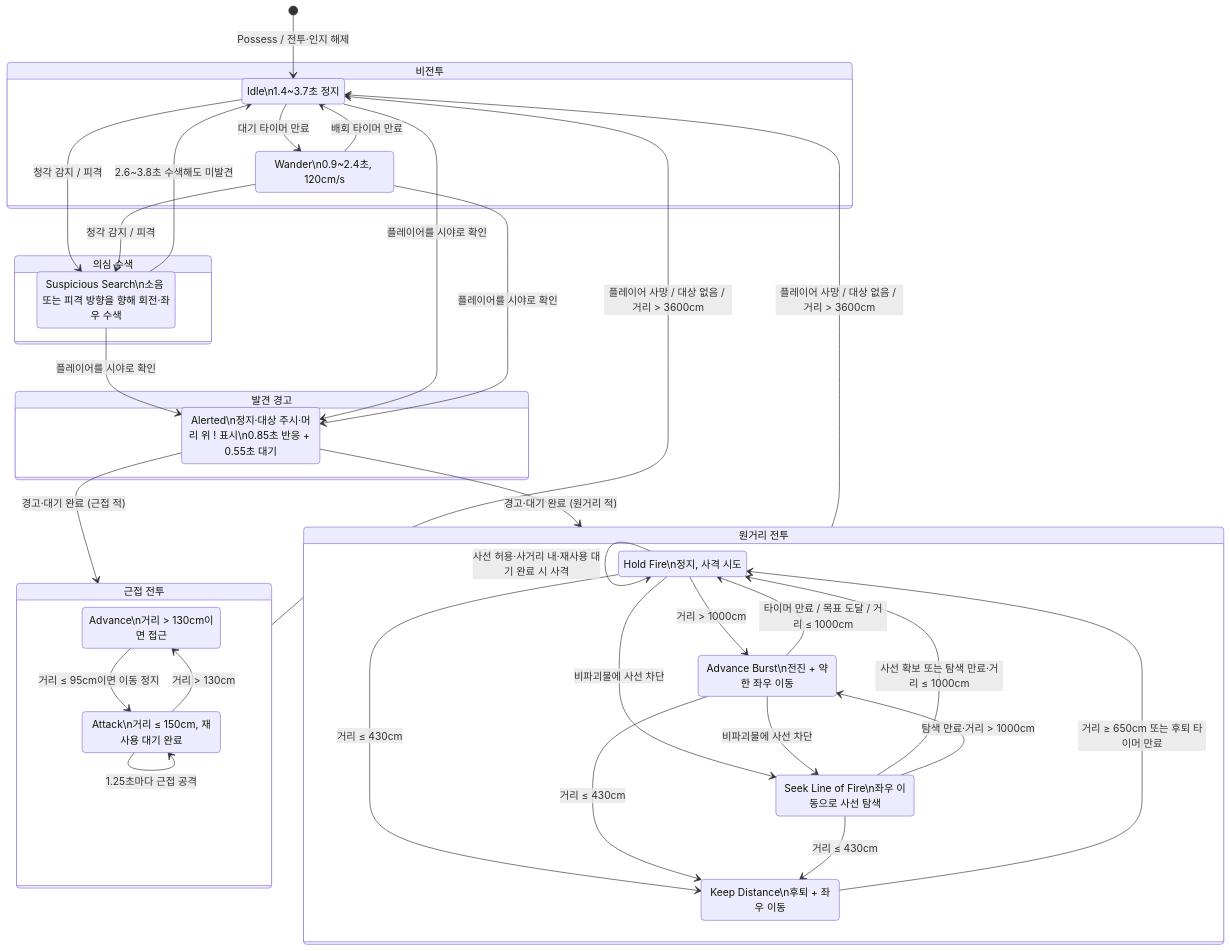
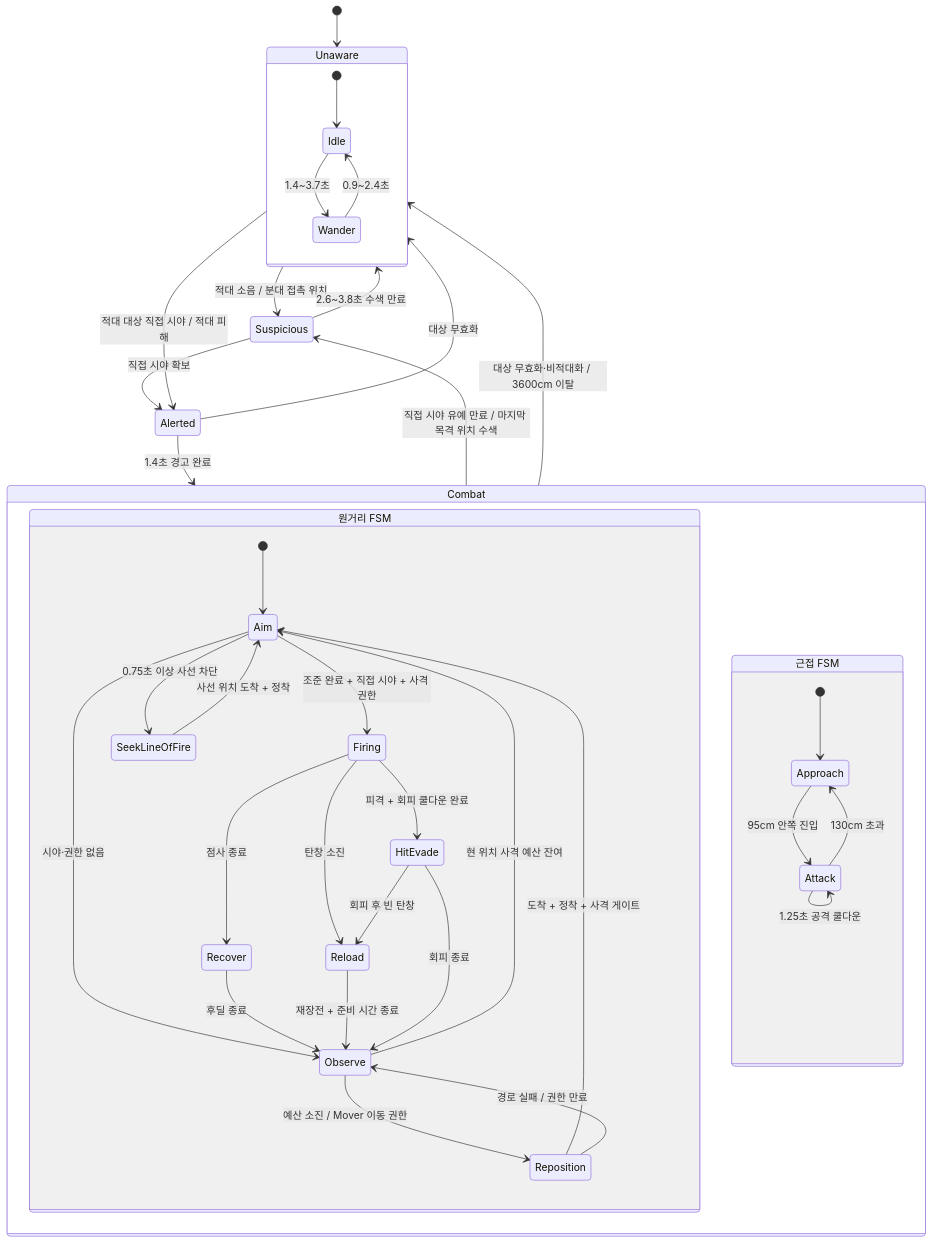
Before and after one commit to octopus7/extraction_shooter: the diagram in Docs/enemy_ai_state_flow.md, drawn with Mermaid. The commit also changed other lines of this file and 44 other files, not shown here.

````diff
--- a/Docs/enemy_ai_state_flow.md
+++ b/Docs/enemy_ai_state_flow.md
@@ -6,58 +7,47 @@
 ```mermaid
 stateDiagram-v2
-    [*] --> Idle: Possess / 전투·인지 해제
+    [*] --> Unaware
 
-    state "비전투" as NonCombat {
-        Idle: Idle\n1.4~3.7초 정지
-        Wander: Wander\n0.9~2.4초, 120cm/s
-        Idle --> Wander: 대기 타이머 만료
-        Wander --> Idle: 배회 타이머 만료
+    state Unaware {
+        [*] --> Idle
+        Idle --> Wander: 1.4~3.7초
+        Wander --> Idle: 0.9~2.4초
     }
 
-    state "의심 수색" as Suspicious {
-        Search: Suspicious Search\n소음 또는 피격 방향을 향해 회전·좌우 수색
+    Unaware --> Suspicious: 적대 소음 / 분대 접촉 위치
+    Unaware --> Alerted: 적대 대상 직접 시야 / 적대 피해
+    Suspicious --> Alerted: 직접 시야 확보
+    Suspicious --> Unaware: 2.6~3.8초 수색 만료
+    Alerted --> Combat: 1.4초 경고 완료
+    Alerted --> Unaware: 대상 무효화
+    Combat --> Suspicious: 직접 시야 유예 만료 / 마지막 목격 위치 수색
+    Combat --> Unaware: 대상 무효화·비적대화 / 3600cm 이탈
+
+    state Combat {
+        state "원거리 FSM" as Ranged {
+            [*] --> Aim
+            Aim --> Firing: 조준 완료 + 직접 시야 + 사격 권한
+            Aim --> Observe: 시야·권한 없음
+            Aim --> SeekLineOfFire: 0.75초 이상 사선 차단
+            Firing --> Reload: 탄창 소진
+            Firing --> Recover: 점사 종료
+            Firing --> HitEvade: 피격 + 회피 쿨다운 완료
+            Recover --> Observe: 후딜 종료
+            Observe --> Aim: 현 위치 사격 예산 잔여
+            Observe --> Reposition: 예산 소진 / Mover 이동 권한
+            Reposition --> Aim: 도착 + 정착 + 사격 게이트
+            Reposition --> Observe: 경로 실패 / 권한 만료
+            SeekLineOfFire --> Aim: 사선 위치 도착 + 정착
+            Reload --> Observe: 재장전 + 준비 시간 종료
+            HitEvade --> Reload: 회피 후 빈 탄창
+            HitEvade --> Observe: 회피 종료
+        }
+
+        state "근접 FSM" as Melee {
+            [*] --> Approach
+            Approach --> Attack: 95cm 안쪽 진입
+            Attack --> Approach: 130cm 초과
+            Attack --> Attack: 1.25초 공격 쿨다운
+        }
     }
-
-    state "발견 경고" as Alerted {
-        Alert: Alerted\n정지·대상 주시·머리 위 ! 표시\n0.85초 반응 + 0.55초 대기
-    }
-
-    Idle --> Search: 청각 감지 / 피격
-    Wander --> Search: 청각 감지 / 피격
-    Search --> Alert: 플레이어를 시야로 확인
-    Search --> Idle: 2.6~3.8초 수색해도 미발견
-
-    Idle --> Alert: 플레이어를 시야로 확인
-    Wander --> Alert: 플레이어를 시야로 확인
-    Alert --> Melee: 경고·대기 완료 (근접 적)
-    Alert --> Ranged: 경고·대기 완료 (원거리 적)
-
-    state "근접 전투" as Melee {
-        MeleeAdvance: Advance\n거리 > 130cm이면 접근
-        MeleeAttack: Attack\n거리 ≤ 150cm, 재사용 대기 완료
-        MeleeAdvance --> MeleeAttack: 거리 ≤ 95cm이면 이동 정지
-        MeleeAttack --> MeleeAdvance: 거리 > 130cm
-        MeleeAttack --> MeleeAttack: 1.25초마다 근접 공격
-    }
-
-    state "원거리 전투" as Ranged {
-        HoldFire: Hold Fire\n정지, 사격 시도
-        AdvanceBurst: Advance Burst\n전진 + 약한 좌우 이동
-        SeekLine: Seek Line of Fire\n좌우 이동으로 사선 탐색
-        KeepDistance: Keep Distance\n후퇴 + 좌우 이동
-        HoldFire --> AdvanceBurst: 거리 > 1000cm
-        AdvanceBurst --> HoldFire: 타이머 만료 / 목표 도달 / 거리 ≤ 1000cm
-        HoldFire --> SeekLine: 비파괴물에 사선 차단
-        AdvanceBurst --> SeekLine: 비파괴물에 사선 차단
-        SeekLine --> HoldFire: 사선 확보 또는 탐색 만료·거리 ≤ 1000cm
-        SeekLine --> AdvanceBurst: 탐색 만료·거리 > 1000cm
-        HoldFire --> KeepDistance: 거리 ≤ 430cm
-        AdvanceBurst --> KeepDistance: 거리 ≤ 430cm
-        SeekLine --> KeepDistance: 거리 ≤ 430cm
-        KeepDistance --> HoldFire: 거리 ≥ 650cm 또는 후퇴 타이머 만료
-        HoldFire --> HoldFire: 사선 허용·사거리 내·재사용 대기 완료 시 사격
-    }
-
-    Melee --> Idle: 플레이어 사망 / 대상 없음 / 거리 > 3600cm
-    Ranged --> Idle: 플레이어 사망 / 대상 없음 / 거리 > 3600cm
 ```
````
